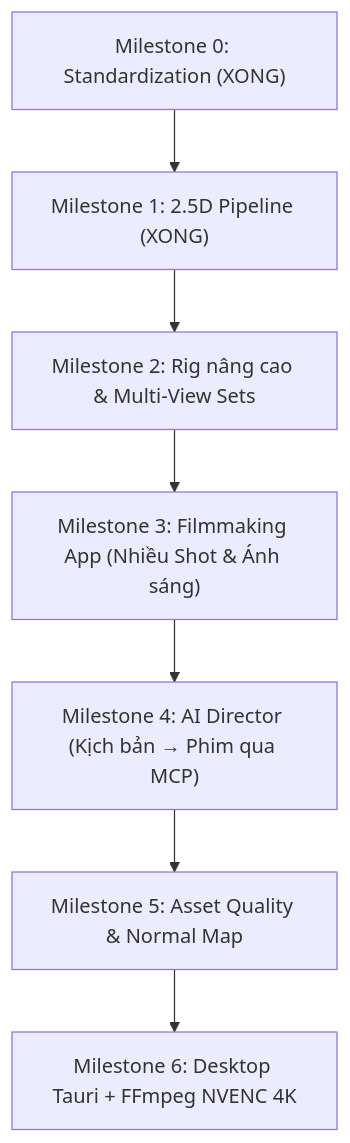
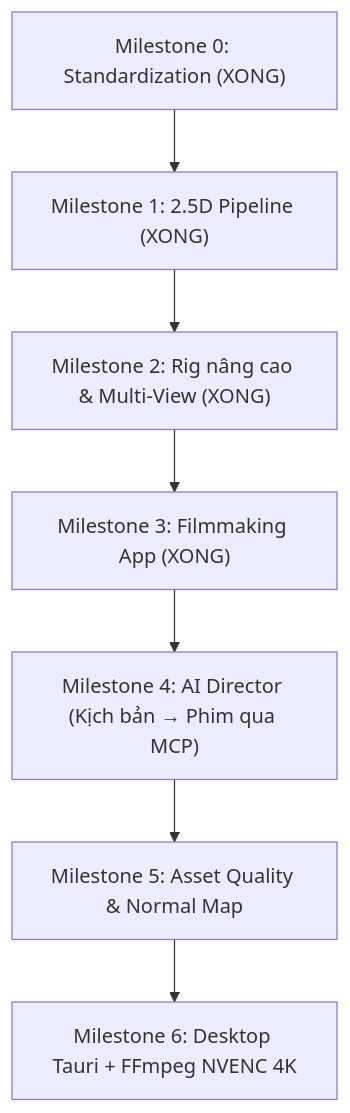
One commit to khuonghiiro/parallax-studio changed the first of 2 diagrams in plans/plan_2.md. Above: the diagram before and after it, drawn with Mermaid. The commit also changed other lines of this file and 53 other files, not shown here.

````diff
--- a/plans/plan_2.md
+++ b/plans/plan_2.md
@@ -21,9 +33,9 @@
 ```mermaid
 flowchart TD
   M0["Milestone 0: Standardization (XONG)"] --> M1["Milestone 1: 2.5D Pipeline (XONG)"]
-  M1 --> M2["Milestone 2: Rig nâng cao & Multi-View Sets"]
-  M2 --> M3["Milestone 3: Filmmaking App (Nhiều Shot & Ánh sáng)"]
+  M1 --> M2["Milestone 2: Rig nâng cao & Multi-View (XONG)"]
+  M2 --> M3["Milestone 3: Filmmaking App (XONG)"]
   M3 --> M4["Milestone 4: AI Director (Kịch bản → Phim qua MCP)"]
   M4 --> M5["Milestone 5: Asset Quality & Normal Map"]
   M5 --> M6["Milestone 6: Desktop Tauri + FFmpeg NVENC 4K"]
 ```
````
